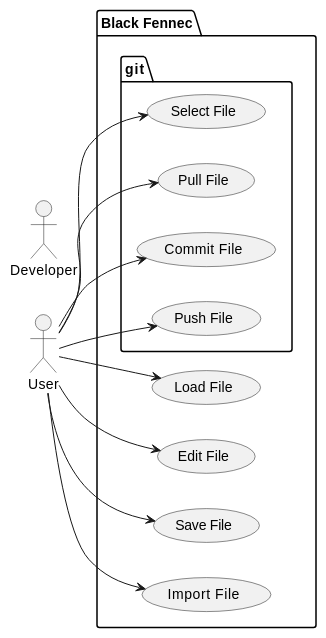
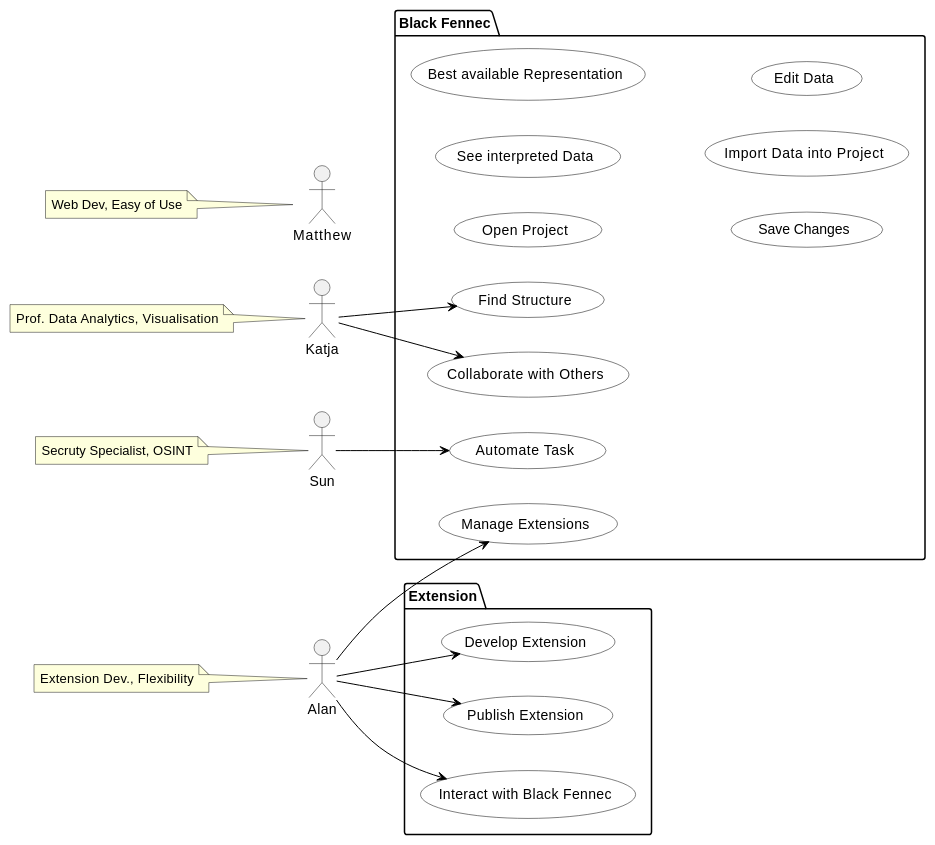
The diagram in docs/source/requirements_engineering/usecase_overview.rst (blackfennec-org/blackfennec), drawn with PlantUML before and after one commit. The commit also changed 2 other files, not shown here.

Commit message:
Resolve review critique

```diff
--- a/docs/source/requirements_engineering/usecase_overview.rst
+++ b/docs/source/requirements_engineering/usecase_overview.rst
@@ -5,29 +5,53 @@
 .. uml::
 
     @startuml
     left to right direction
 
-    actor User as u
-    actor Developer as d
+    skinparam usecase {
+      BackgroundColor White
+      BorderColor Black
+      ArrowColor Black
+      ActorBackgroundColor Blue
+      ActorBorderColor Pink
+    }
+
+    actor Matthew as m
+    note left of m : Web Dev, Easy of Use
+
+    actor Katja as k
+    note left of k : Prof. Data Analytics, Visualisation
+
+    actor Sun as s
+    note left of s : Secruty Specialist, OSINT
+
+    actor Alan as a
+    note left of a : Extension Dev., Flexibility
+
     package "Black Fennec" {
-      usecase "Load File" as LoadFile
-      usecase "Edit File" as EditFile
-      usecase "Save File" as SaveFile
-      usecase "Import File" as ImportFile
-      package "git" {
-        usecase "Select File" as SelectFile
-        usecase "Pull File" as PullFile
-        usecase "Commit File" as CommitFile
-        usecase "Push File" as PushFile
-      }
+      usecase "Open Project" as open
+      usecase "See interpreted Data" as InterpretedData
+      usecase "Best available Representation" as bestfit
+      usecase "Save Changes" as save
+      usecase "Collaborate with Others" as collab
+      usecase "Import Data into Project" as import
+      usecase "Edit Data" as edit
+      usecase "Manage Extensions" as ManExt
+      usecase "Find Structure" as search
+      usecase "Automate Task" as actions
+    }
+    package "Extension" {
+      usecase "Develop Extension" as DevelopExtension
+      usecase "Publish Extension" as PublishExtension
+      usecase "Interact with Black Fennec" as InteractWBF
+    }
 
-    }
-    u --> LoadFile
-    u --> EditFile
-    u --> SaveFile
-    u --> ImportFile
-    u --> SelectFile
-    u --> CommitFile
-    u --> PullFile
-    u --> PushFile
+    k --> collab
+    s --> actions
+    a --> ManExt
+    k --> search
+
+
+    a --> DevelopExtension
+    a --> PublishExtension
+    a --> InteractWBF
     @enduml
```
